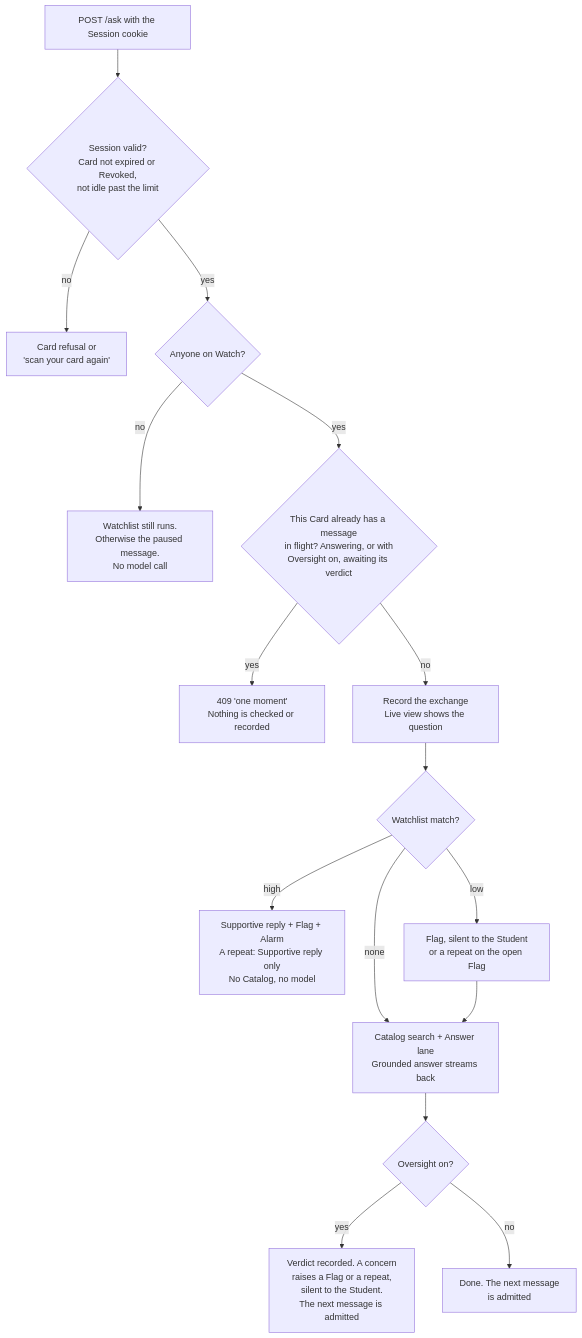
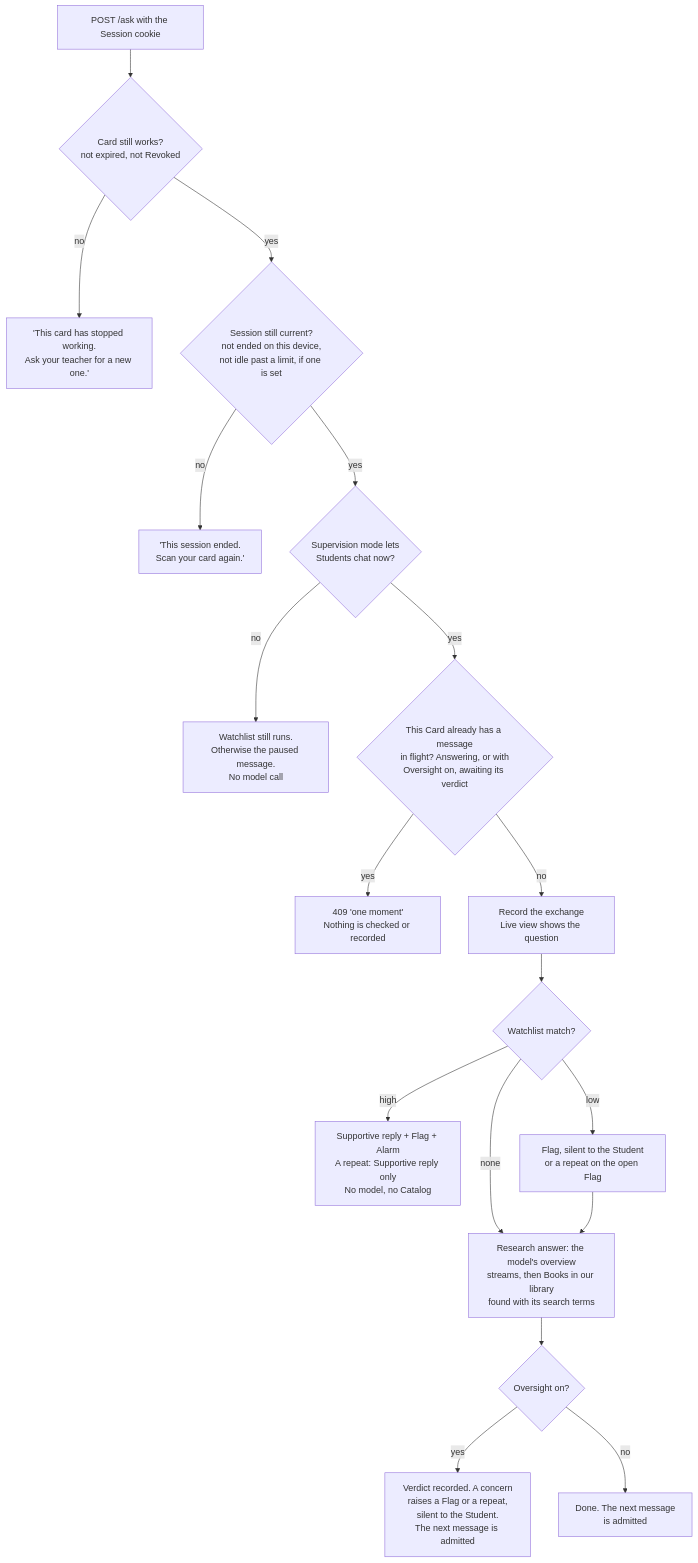
Before and after one commit to imkarrer/library-ai-lab: the first of 7 diagrams in docs/design/student-message-flow.md, drawn with Mermaid. The commit also changed other lines of this file and 7 other files, not shown here.

First line of the commit message:
Supervision mode, research answers, and shared-device Sessions in the docs

````diff
--- a/docs/design/student-message-flow.md
+++ b/docs/design/student-message-flow.md
@@ -20,18 +27,20 @@
 ```mermaid
 flowchart TD
-    A[POST /ask with the Session cookie] --> B{Session valid?<br/>Card not expired or Revoked,<br/>not idle past the limit}
-    B -- no --> B1[Card refusal or<br/>'scan your card again']
-    B -- yes --> C{Anyone on Watch?}
+    A[POST /ask with the Session cookie] --> B{Card still works?<br/>not expired, not Revoked}
+    B -- no --> B1["'This card has stopped working.<br/>Ask your teacher for a new one.'"]
+    B -- yes --> B2{Session still current?<br/>not ended on this device,<br/>not idle past a limit, if one is set}
+    B2 -- no --> B3["'This session ended.<br/>Scan your card again.'"]
+    B2 -- yes --> C{Supervision mode lets<br/>Students chat now?}
     C -- no --> C1[Watchlist still runs.<br/>Otherwise the paused message.<br/>No model call]
     C -- yes --> D{This Card already has a message<br/>in flight? Answering, or with<br/>Oversight on, awaiting its verdict}
     D -- yes --> D1[409 'one moment'<br/>Nothing is checked or recorded]
     D -- no --> E[Record the exchange<br/>Live view shows the question]
     E --> F{Watchlist match?}
-    F -- high --> F1[Supportive reply + Flag + Alarm<br/>A repeat: Supportive reply only<br/>No Catalog, no model]
+    F -- high --> F1[Supportive reply + Flag + Alarm<br/>A repeat: Supportive reply only<br/>No model, no Catalog]
     F -- low --> F2[Flag, silent to the Student<br/>or a repeat on the open Flag]
     F -- none --> G
-    F2 --> G[Catalog search + Answer lane<br/>Grounded answer streams back]
+    F2 --> G[Research answer: the model's overview<br/>streams, then Books in our library<br/>found with its search terms]
     G --> H{Oversight on?}
     H -- yes --> H1[Verdict recorded. A concern<br/>raises a Flag or a repeat,<br/>silent to the Student.<br/>The next message is admitted]
     H -- no --> I[Done. The next message<br/>is admitted]
 ```
````
